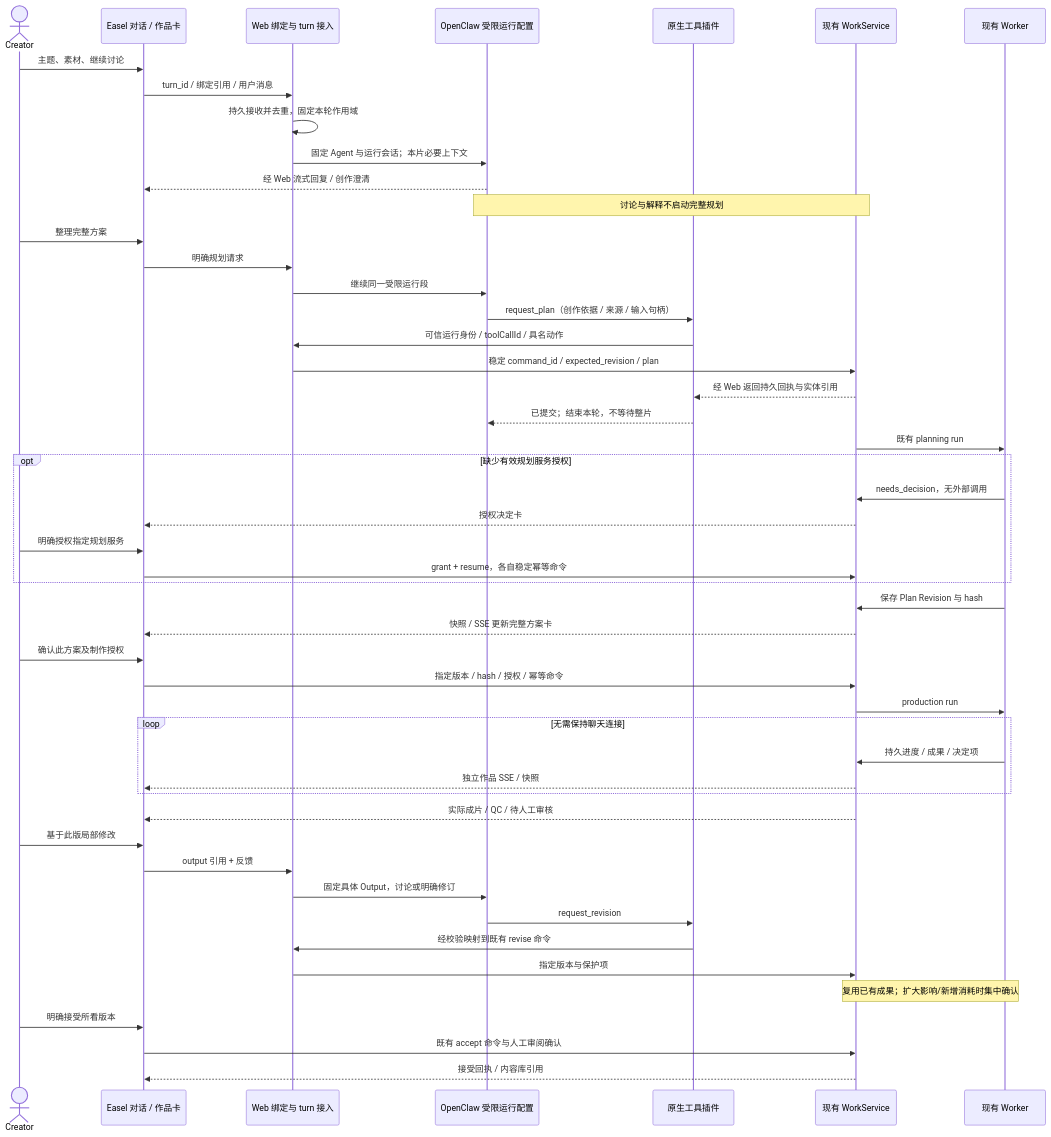
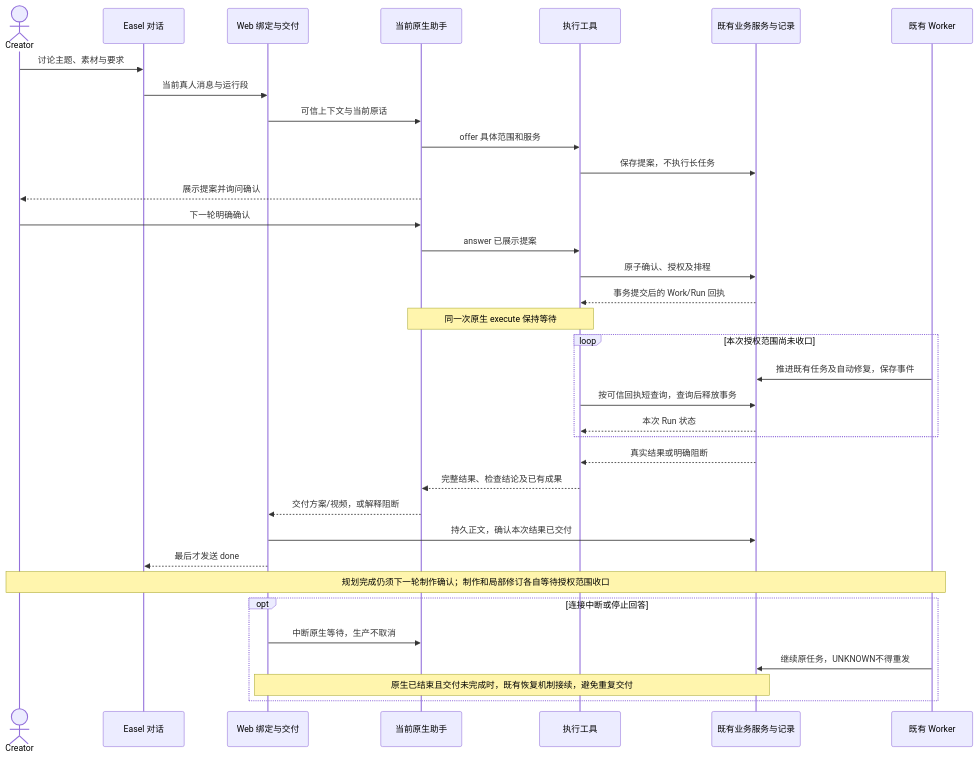
The third of 8 diagrams in docs/v2/20_CONVERSATIONAL_INTERACTION.md (webxia/Easel), drawn with Mermaid before and after one commit. The commit also changed other lines of this file and 12 other files, not shown here.

````diff
--- a/docs/v2/20_CONVERSATIONAL_INTERACTION.md
+++ b/docs/v2/20_CONVERSATIONAL_INTERACTION.md
@@ -215,51 +215,37 @@
 ```mermaid
 sequenceDiagram
   actor C as Creator
-  participant UI as Easel 对话 / 作品卡
-  participant Web as Web 绑定与 turn 接入
-  participant OC as OpenClaw 受限运行配置
-  participant P as 原生工具插件
-  participant API as 现有 WorkService
-  participant W as 现有 Worker
-  C->>UI: 主题、素材、继续讨论
-  UI->>Web: turn_id / 绑定引用 / 用户消息
-  Web->>Web: 持久接收并去重，固定本轮作用域
-  Web->>OC: 固定 Agent 与运行会话；本片必要上下文
-  OC-->>UI: 经 Web 流式回复 / 创作澄清
-  Note over OC,API: 讨论与解释不启动完整规划
-  C->>UI: 整理完整方案
-  UI->>Web: 明确规划请求
-  Web->>OC: 继续同一受限运行段
-  OC->>P: request_plan（创作依据 / 来源 / 输入句柄）
-  P->>Web: 可信运行身份 / toolCallId / 具名动作
-  Web->>API: 稳定 command_id / expected_revision / plan
-  API-->>P: 经 Web 返回持久回执与实体引用
-  P-->>OC: 已提交；结束本轮，不等待整片
-  API->>W: 既有 planning run
-  opt 缺少有效规划服务授权
-    W->>API: needs_decision，无外部调用
-    API-->>UI: 授权决定卡
-    C->>UI: 明确授权指定规划服务
-    UI->>API: grant + resume，各自稳定幂等命令
+  participant UI as Easel 对话
+  participant Web as Web 绑定与交付
+  participant OC as 当前原生助手
+  participant P as 执行工具
+  participant API as 既有业务服务与记录
+  participant W as 既有 Worker
+  C->>UI: 讨论主题、素材与要求
+  UI->>Web: 当前真人消息与运行段
+  Web->>OC: 可信上下文与当前原话
+  OC->>P: offer 具体范围和服务
+  P->>API: 保存提案，不执行长任务
+  OC-->>C: 展示提案并询问确认
+  C->>OC: 下一轮明确确认
+  OC->>P: answer 已展示提案
+  P->>API: 原子确认、授权及排程
+  API-->>P: 事务提交后的 Work/Run 回执
+  Note over P,OC: 同一次原生 execute 保持等待
+  loop 本次授权范围尚未收口
+    W->>API: 推进既有任务及自动修复，保存事件
+    P->>API: 按可信回执短查询，查询后释放事务
+    API-->>P: 本次 Run 状态
   end
-  W->>API: 保存 Plan Revision 与 hash
-  API-->>UI: 快照 / SSE 更新完整方案卡
-  C->>UI: 确认此方案及制作授权
-  UI->>API: 指定版本 / hash / 授权 / 幂等命令
-  API->>W: production run
-  loop 无需保持聊天连接
-    W->>API: 持久进度 / 成果 / 决定项
-    API-->>UI: 独立作品 SSE / 快照
+  API-->>P: 真实结果或明确阻断
+  P-->>OC: 完整结果、检查结论及已有成果
+  OC-->>Web: 交付方案/视频，或解释阻断
+  Web->>API: 持久正文，确认本次结果已交付
+  Web-->>UI: 最后才发送 done
+  Note over C,W: 规划完成仍须下一轮制作确认；制作和局部修订各自等待授权范围收口
+  opt 连接中断或停止回答
+    Web->>OC: 中断原生等待，生产不取消
+    W->>API: 继续原任务，UNKNOWN不得重发
+    Note over Web,API: 原生已结束且交付未完成时，既有恢复机制接续，避免重复交付
   end
-  API-->>UI: 实际成片 / QC / 待人工审核
-  C->>UI: 基于此版局部修改
-  UI->>Web: output 引用 + 反馈
-  Web->>OC: 固定具体 Output，讨论或明确修订
-  OC->>P: request_revision
-  P->>Web: 经校验映射到既有 revise 命令
-  Web->>API: 指定版本与保护项
-  Note over API,W: 复用已有成果；扩大影响/新增消耗时集中确认
-  C->>UI: 明确接受所看版本
-  UI->>API: 既有 accept 命令与人工审阅确认
-  API-->>UI: 接受回执 / 内容库引用
 ```
````
